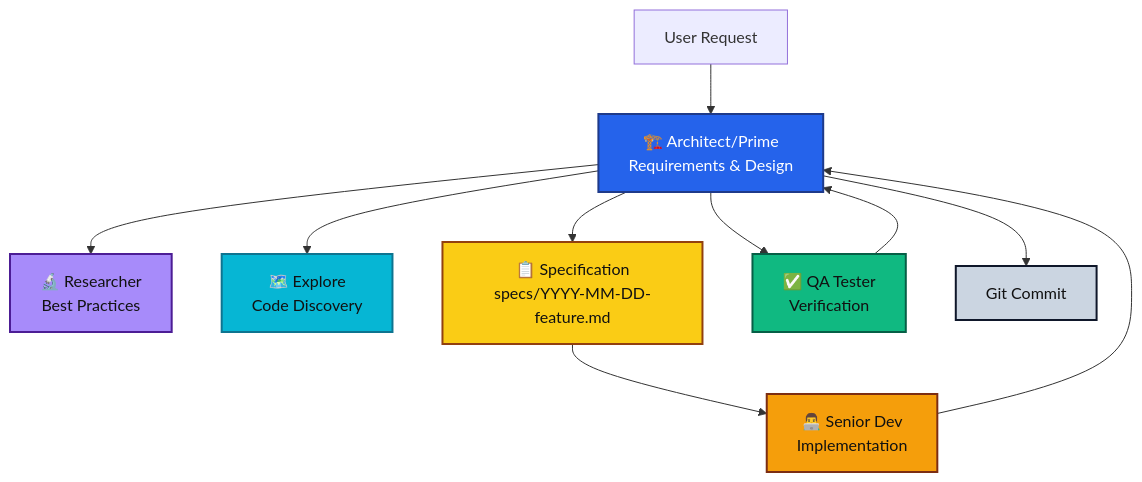
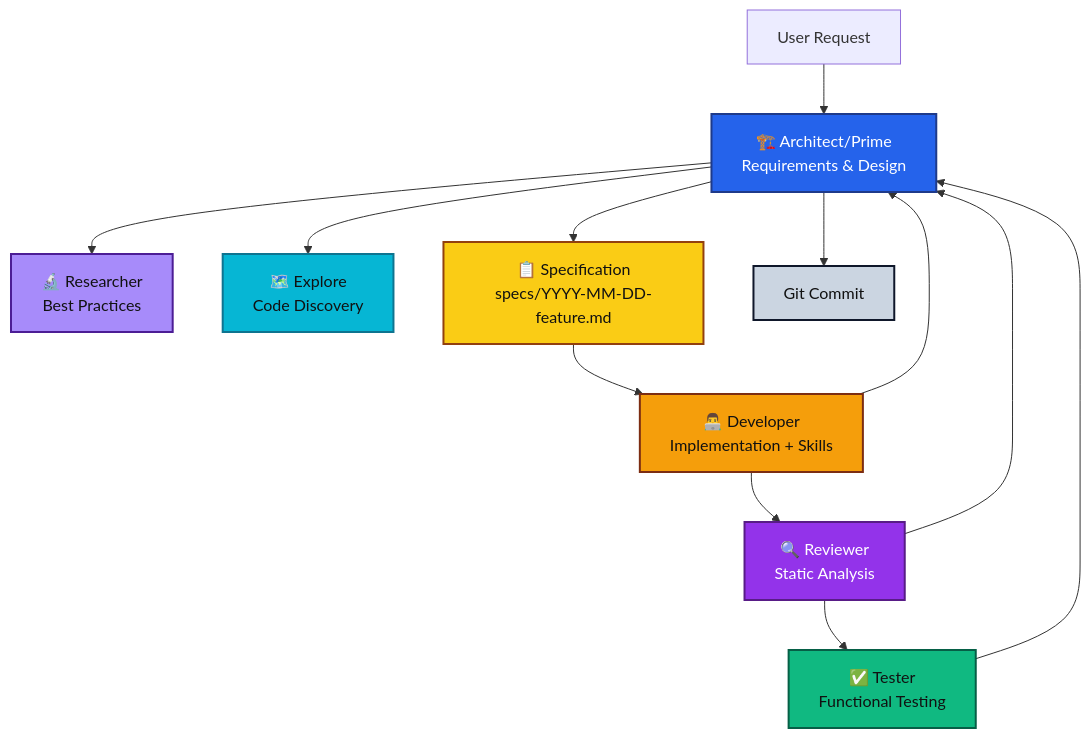
One commit to codethread/claude-code-plugins changed the first of 2 diagrams in plugins/spec-dev/skills/spec-architect/references/ways-of-working.md. Above: the diagram before and after it, drawn with Mermaid. The commit also changed other lines of this file and 13 other files, not shown here.

````diff
--- a/plugins/spec-dev/skills/spec-architect/references/ways-of-working.md
+++ b/plugins/spec-dev/skills/spec-architect/references/ways-of-working.md
@@ -9,34 +9,38 @@
 ```mermaid
 graph TD
     User[User Request] --> Architect[🏗️ Architect/Prime<br/>Requirements & Design]
 
     Architect --> Researcher[🔬 Researcher<br/>Best Practices]
     Architect --> Explore[🗺️ Explore<br/>Code Discovery]
 
     Architect --> Spec[📋 Specification<br/>specs/YYYY-MM-DD-feature.md]
 
-    Spec --> Dev[👨‍💻 Senior Dev<br/>Implementation]
-    Architect --> QA[✅ QA Tester<br/>Verification]
+    Spec --> Dev[👨‍💻 Developer<br/>Implementation + Skills]
+    Dev --> Review[🔍 Reviewer<br/>Static Analysis]
+    Review --> QA[✅ Tester<br/>Functional Testing]
 
     Dev --> Architect
+    Review --> Architect
     QA --> Architect
 
     Architect --> Commit[Git Commit]
 
     %% Theme classes for clarity and contrast
     classDef orchestrator fill:#2563eb,stroke:#1e3a8a,stroke-width:2px,color:#ffffff;
     classDef artifact fill:#facc15,stroke:#92400e,stroke-width:2px,color:#111111;
     classDef implement fill:#f59e0b,stroke:#7c2d12,stroke-width:2px,color:#111111;
+    classDef review fill:#9333ea,stroke:#581c87,stroke-width:2px,color:#ffffff;
     classDef verify fill:#10b981,stroke:#065f46,stroke-width:2px,color:#111111;
     classDef research fill:#a78bfa,stroke:#4c1d95,stroke-width:2px,color:#111111;
     classDef discovery fill:#06b6d4,stroke:#0e7490,stroke-width:2px,color:#111111;
     classDef output fill:#cbd5e1,stroke:#0f172a,stroke-width:2px,color:#111111;
 
     class Architect orchestrator;
     class Spec artifact;
     class Dev implement;
+    class Review review;
     class QA verify;
     class Researcher research;
     class Explore discovery;
     class Commit output;
 ```
````
